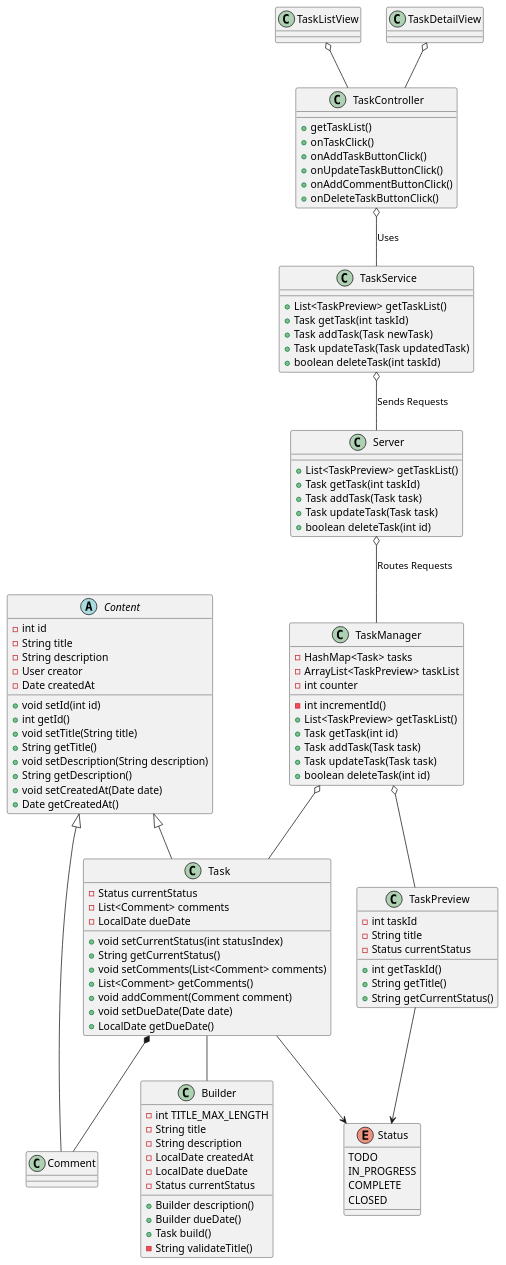
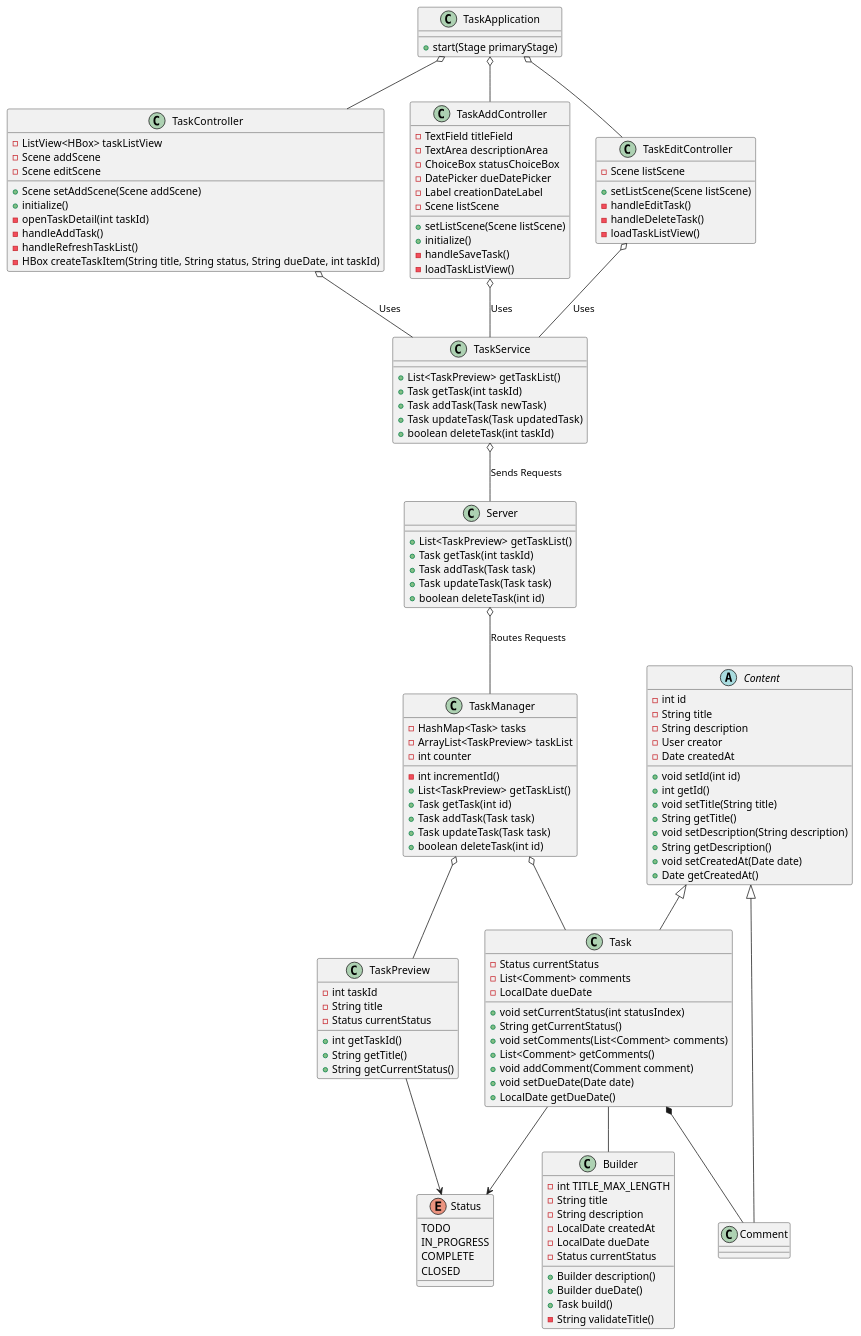
One commit to dalibran/javafinalp1 changed the diagram in uml/class.puml. Above: the diagram before and after it, drawn with PlantUML. The commit also changed 1 other file, not shown here.

Commit message:
Updated class diagram and readme

```diff
--- a/uml/class.puml
+++ b/uml/class.puml
@@ -1,123 +1,148 @@
 @startuml
 'https://plantuml.com/class-diagram
 
-abstract class Content {
-    - int id
-    - String title
-    - String description
-    - User creator
-    - Date createdAt
-    + void setId(int id)
-    + int getId()
-    + void setTitle(String title)
-    + String getTitle()
-    + void setDescription(String description)
-    + String getDescription()
-    + void setCreatedAt(Date date)
-    + Date getCreatedAt()
+class TaskApplication {
+    + start(Stage primaryStage)
+}
+
+class TaskController {
+    - ListView<HBox> taskListView
+    - Scene addScene
+    - Scene editScene
+    + Scene setAddScene(Scene addScene)
+    + initialize()
+    - openTaskDetail(int taskId)
+    - handleAddTask()
+    - handleRefreshTaskList()
+    - HBox createTaskItem(String title, String status, String dueDate, int taskId)
+}
+
+class TaskAddController {
+    - TextField titleField
+    - TextArea descriptionArea
+    - ChoiceBox statusChoiceBox
+    - DatePicker dueDatePicker
+    - Label creationDateLabel
+    - Scene listScene
+    + setListScene(Scene listScene)
+    + initialize()
+    - handleSaveTask()
+    - loadTaskListView()
+}
+
+class TaskEditController {
+    - Scene listScene
+    + setListScene(Scene listScene)
+    - handleEditTask()
+    - handleDeleteTask()
+    - loadTaskListView()
+}
+
+class TaskService {
+    + List<TaskPreview> getTaskList()
+    + Task getTask(int taskId)
+    + Task addTask(Task newTask)
+    + Task updateTask(Task updatedTask)
+    + boolean deleteTask(int taskId)
+}
+
+class Server {
+    + List<TaskPreview> getTaskList()
+    + Task getTask(int taskId)
+    + Task addTask(Task task)
+    + Task updateTask(Task task)
+    + boolean deleteTask(int id)
+}
+
+class TaskManager {
+    - HashMap<Task> tasks
+    - ArrayList<TaskPreview> taskList
+    - int counter
+    - int incrementId()
+    + List<TaskPreview> getTaskList()
+    + Task getTask(int id)
+    + Task addTask(Task task)
+    + Task updateTask(Task task)
+    + boolean deleteTask(int id)
 }
 
 enum Status {
     TODO
     IN_PROGRESS
     COMPLETE
     CLOSED
 }
 
 class Task {
     - Status currentStatus
     - List<Comment> comments
     - LocalDate dueDate
     + void setCurrentStatus(int statusIndex)
     + String getCurrentStatus()
     + void setComments(List<Comment> comments)
     + List<Comment> getComments()
     + void addComment(Comment comment)
     + void setDueDate(Date date)
     + LocalDate getDueDate()
 }
 
 class Builder {
     - int TITLE_MAX_LENGTH
     - String title
     - String description
     - LocalDate createdAt
     - LocalDate dueDate
     - Status currentStatus
     + Builder description()
     + Builder dueDate()
     + Task build()
     - String validateTitle()
 
 }
 
 class TaskPreview {
     - int taskId
     - String title
     - Status currentStatus
     + int getTaskId()
     + String getTitle()
     + String getCurrentStatus()
 }
 
 class Comment {
 }
 
-class TaskController {
-    + getTaskList()
-    + onTaskClick()
-    + onAddTaskButtonClick()
-    + onUpdateTaskButtonClick()
-    + onAddCommentButtonClick()
-    + onDeleteTaskButtonClick()
-}
-
-class TaskService {
-    + List<TaskPreview> getTaskList()
-    + Task getTask(int taskId)
-    + Task addTask(Task newTask)
-    + Task updateTask(Task updatedTask)
-    + boolean deleteTask(int taskId)
-}
-
-class Server {
-    + List<TaskPreview> getTaskList()
-    + Task getTask(int taskId)
-    + Task addTask(Task task)
-    + Task updateTask(Task task)
-    + boolean deleteTask(int id)
-}
-
-class TaskManager {
-    - HashMap<Task> tasks
-    - ArrayList<TaskPreview> taskList
-    - int counter
-    - int incrementId()
-    + List<TaskPreview> getTaskList()
-    + Task getTask(int id)
-    + Task addTask(Task task)
-    + Task updateTask(Task task)
-    + boolean deleteTask(int id)
-}
-
-class TaskListView {
-}
-
-class TaskDetailView {
+abstract class Content {
+    - int id
+    - String title
+    - String description
+    - User creator
+    - Date createdAt
+    + void setId(int id)
+    + int getId()
+    + void setTitle(String title)
+    + String getTitle()
+    + void setDescription(String description)
+    + String getDescription()
+    + void setCreatedAt(Date date)
+    + Date getCreatedAt()
 }
 
 Content <|-- Task
 Content <|-- Comment
 Task *-- Comment
 TaskManager o-- Task
 TaskManager o-- TaskPreview
-TaskController o-- TaskService: Uses
 Task --> Status
 Task -- Builder
 TaskPreview --> Status
-TaskListView o-- TaskController
-TaskDetailView o-- TaskController
+TaskController o-- TaskService: Uses
+TaskAddController o-- TaskService: Uses
+TaskEditController o-- TaskService: Uses
+TaskApplication o-- TaskController
+TaskApplication o-- TaskAddController
+TaskApplication o-- TaskEditController
 TaskService o-- Server: Sends Requests
 Server o-- TaskManager: Routes Requests
 
 @enduml
```
